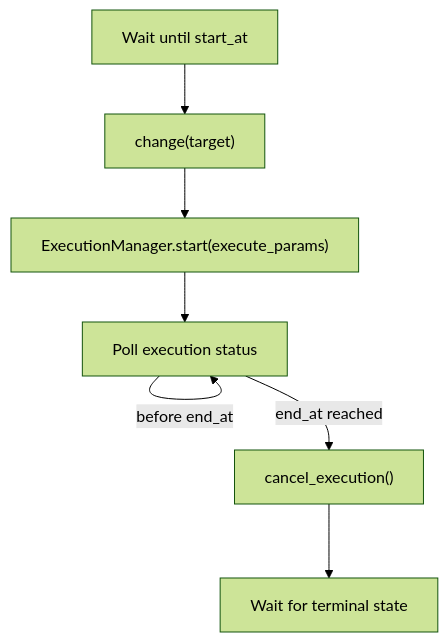
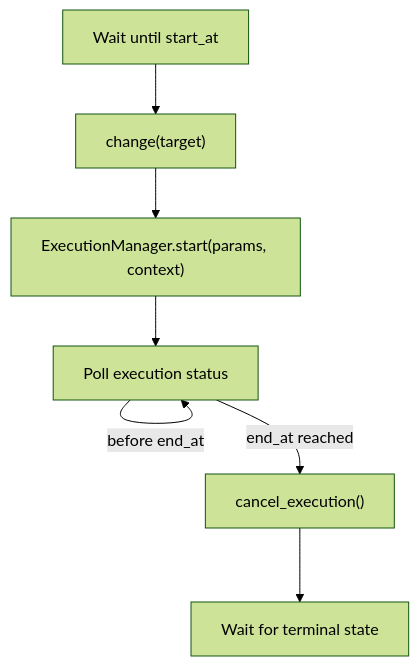
The diagram in documents/gas_collection_time_driven.md (Nu424/stationkit), drawn with Mermaid (forest theme) before and after one commit. The commit also changed other lines of this file and 10 other files, not shown here.

Commit message:
feat: sequence_appを利用した場合に、ExecutionManagerやcontrollerにコンテキスト情報を渡せるようにした - 開始時刻や終了時刻など。

````diff
--- a/documents/gas_collection_time_driven.md
+++ b/documents/gas_collection_time_driven.md
@@ -79,9 +116,9 @@
 ```mermaid
 flowchart TD
     waitStart["Wait until start_at"] --> changeTarget["change(target)"]
-    changeTarget --> startExecute["ExecutionManager.start(execute_params)"]
+    changeTarget --> startExecute["ExecutionManager.start(params, context)"]
     startExecute --> pollStatus["Poll execution status"]
     pollStatus -->|"before end_at"| pollStatus
     pollStatus -->|"end_at reached"| requestCancel["cancel_execution()"]
     requestCancel --> terminal["Wait for terminal state"]
 ```
````
